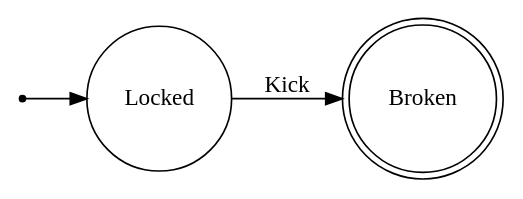
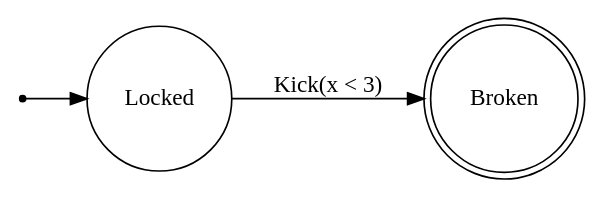
One commit to P4-Group2-Compiler/P4-State-Lang changed the diagram in output/DOT/graph.gv. Above: the diagram before and after it, drawn with Graphviz. The commit also changed 1 other file, not shown here.

```diff
--- a/output/DOT/graph.gv
+++ b/output/DOT/graph.gv
@@ -1,8 +1,8 @@
 digraph Door {
  rankdir = LR;
  node [shape = circle;];
  null [shape = point;];
 null -> Locked;
-Locked -> Broken [label="Kick"];
+Locked -> Broken [label="Kick(x < 3)"];
 Broken [shape = doublecircle;];
 }
```
